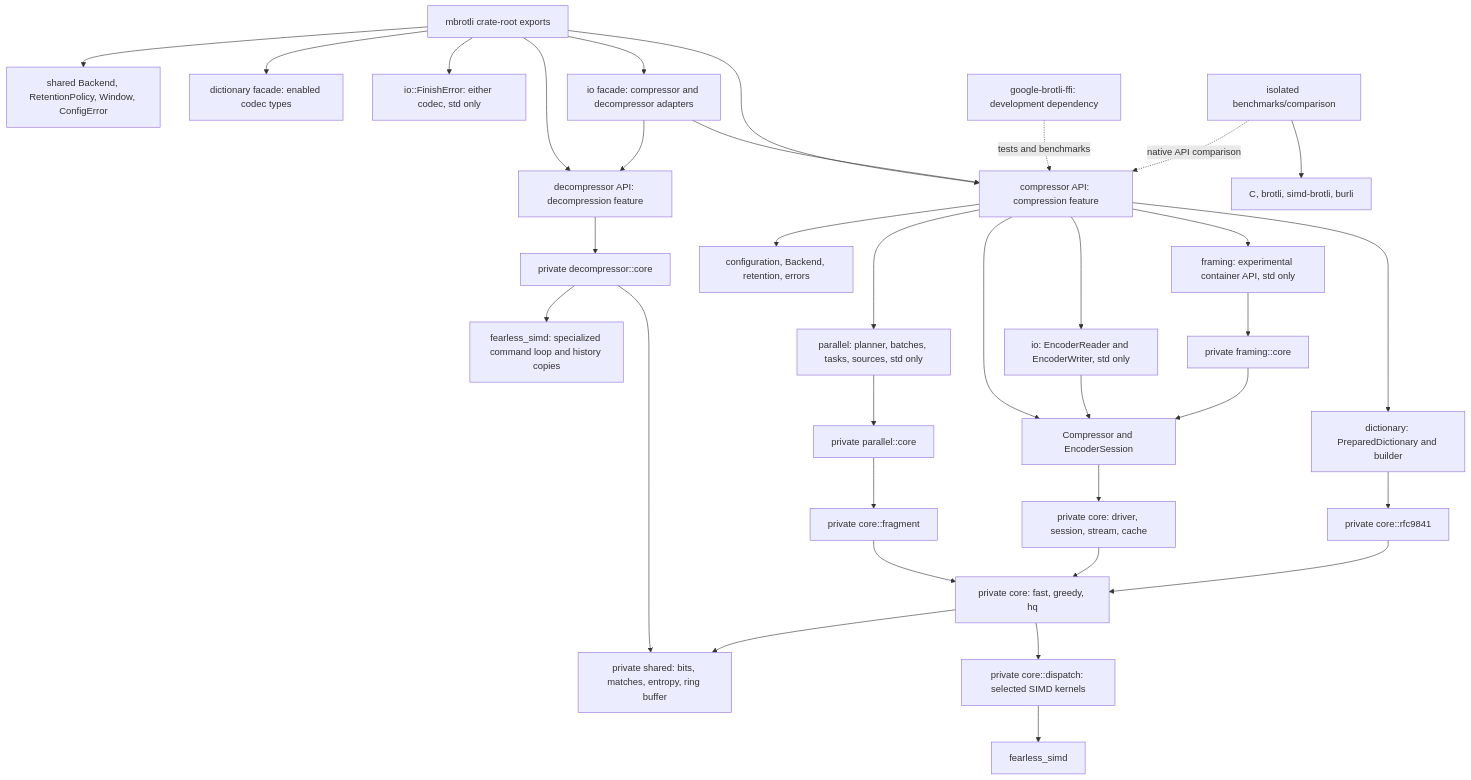
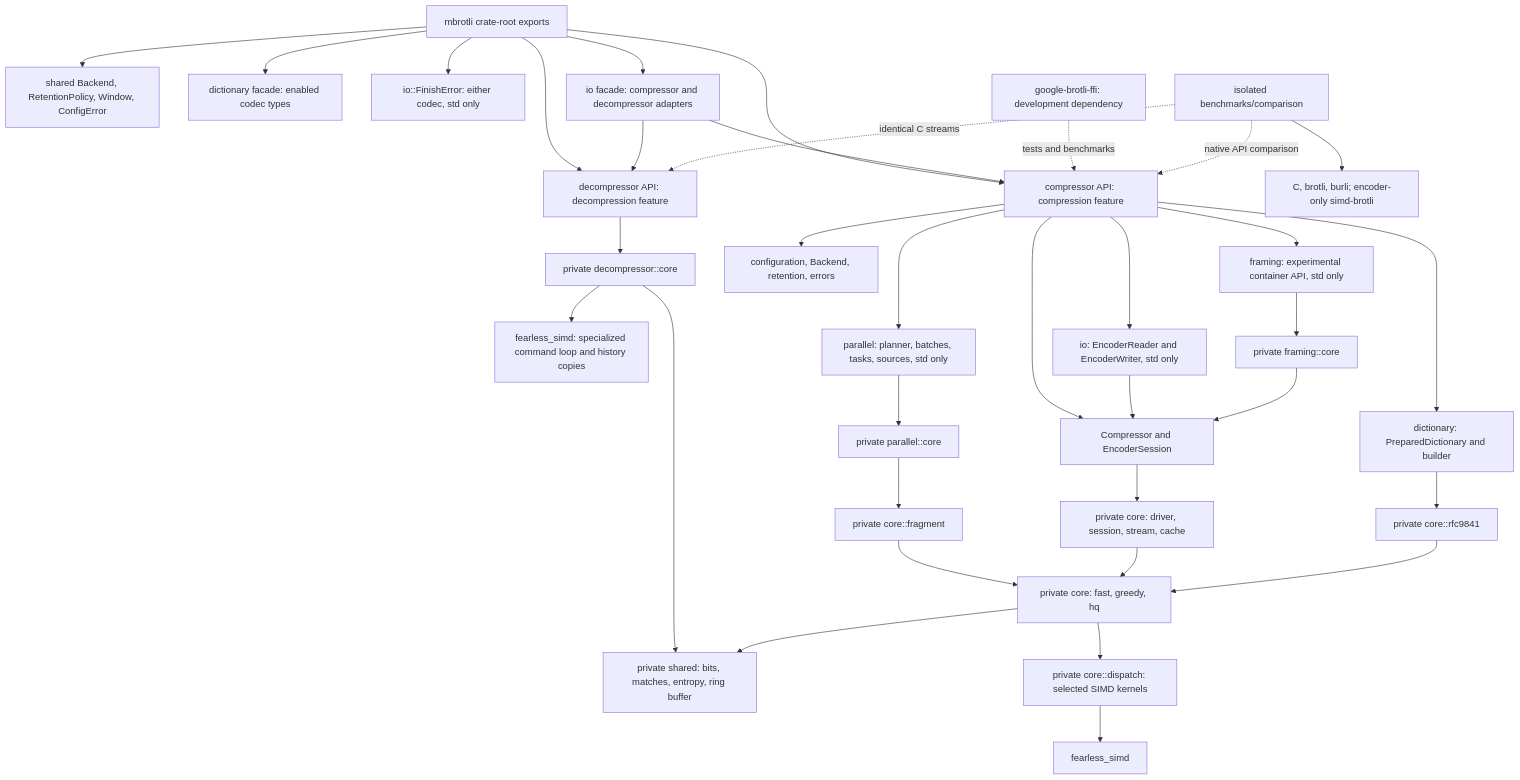
One commit to Mnwa/mbrotli changed the diagram in architecture/README.md. Above: the diagram before and after it, drawn with Mermaid. The commit also changed other lines of this file and 45 other files, not shown here.

````diff
--- a/architecture/README.md
+++ b/architecture/README.md
@@ -35,36 +35,37 @@
 ```mermaid
 graph TD
     Root[mbrotli crate-root exports] --> API[compressor API: compression feature]
     Root --> Decode[decompressor API: decompression feature]
     Root --> Common[shared Backend, RetentionPolicy, Window, ConfigError]
     Root --> DictFacade[dictionary facade: enabled codec types]
     Root --> Finish[io::FinishError: either codec, std only]
     Decode --> DecodeCore[private decompressor::core]
     DecodeCore --> DecodeSIMD[fearless_simd: specialized command loop and history copies]
     DecodeCore --> Shared
     Root --> Facade[io facade: compressor and decompressor adapters]
     Facade --> Decode
     Facade --> API
     API --> Config[configuration, Backend, retention, errors]
     API --> Serial[Compressor and EncoderSession]
     API --> IO[io: EncoderReader and EncoderWriter, std only]
     API --> Dictionary[dictionary: PreparedDictionary and builder]
     API --> Parallel[parallel: planner, batches, tasks, sources, std only]
     API --> Framing[framing: experimental container API, std only]
     IO --> Serial
     Serial --> Stream[private core: driver, session, stream, cache]
     Dictionary --> RFC[private core::rfc9841]
     Framing --> FrameCore[private framing::core]
     FrameCore --> Serial
     Parallel --> ParallelCore[private parallel::core]
     ParallelCore --> Fragment[private core::fragment]
     Fragment --> Encoders[private core: fast, greedy, hq]
     Stream --> Encoders
     RFC --> Encoders
     Encoders --> Kernels[private core::dispatch: selected SIMD kernels]
     Encoders --> Shared[private shared: bits, matches, entropy, ring buffer]
     Kernels --> SIMD[fearless_simd]
     C[google-brotli-ffi: development dependency] -. tests and benchmarks .-> API
     Comparison[isolated benchmarks/comparison] -. native API comparison .-> API
-    Comparison --> Competitors[C, brotli, simd-brotli, burli]
+    Comparison -. identical C streams .-> Decode
+    Comparison --> Competitors[C, brotli, burli; encoder-only simd-brotli]
 ```
````
